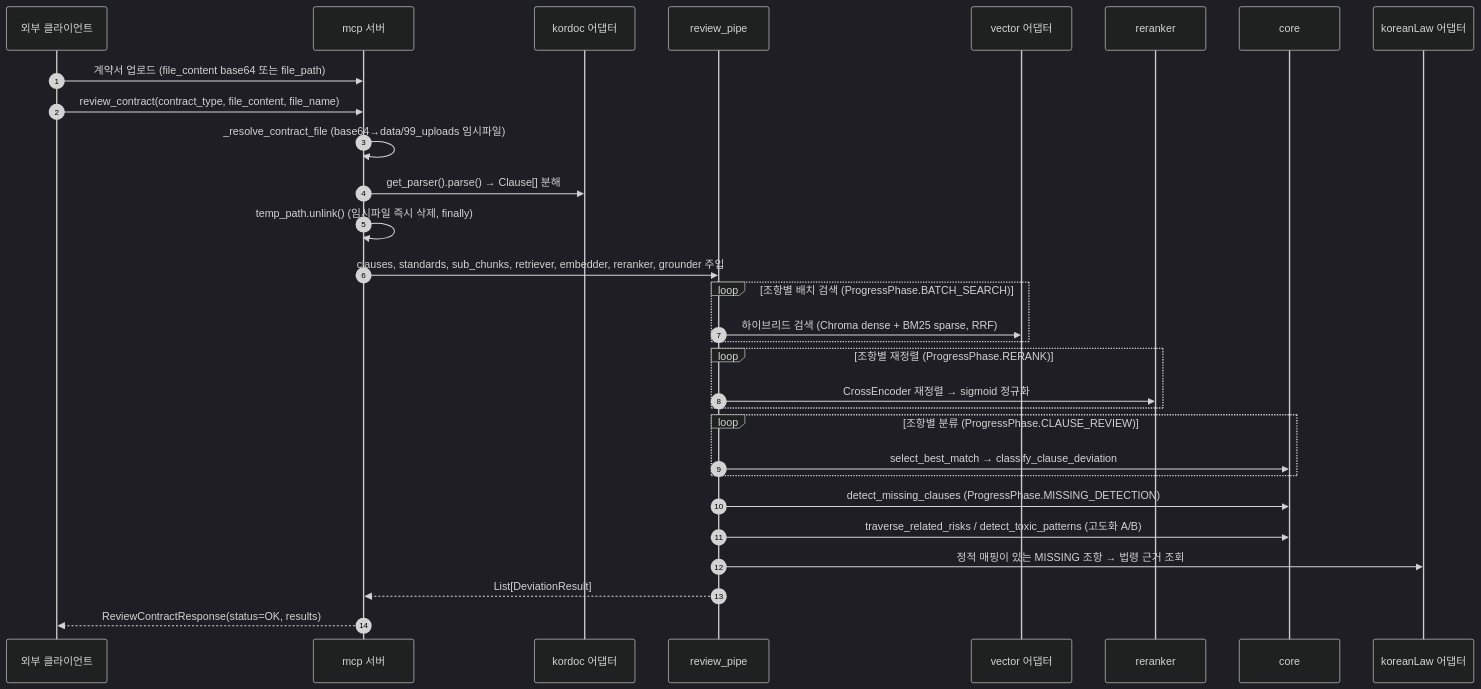
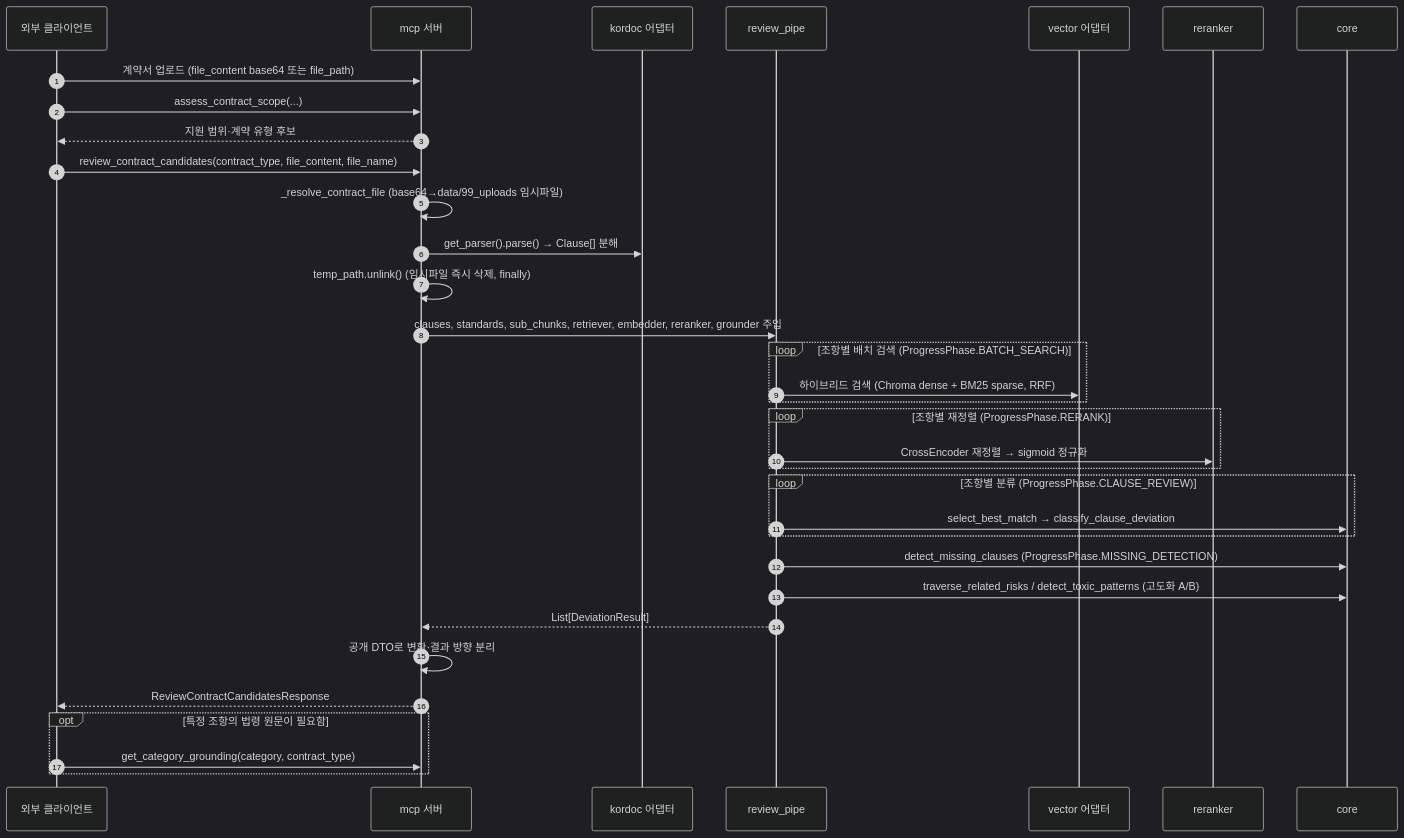
One commit to Hong1008/SKN30-3rd-2Team changed the third of 3 diagrams in docs/deliverables/시스템 아키텍처.md. Above: the diagram before and after it, drawn with Mermaid (dark theme). The commit also changed other lines of this file and 19 other files, not shown here.

Commit message:
feat: add get_mcp_capabilities tool and enforce input validation constraints for server operations

````diff
--- a/docs/deliverables/시스템 아키텍처.md
+++ b/docs/deliverables/시스템 아키텍처.md
@@ -116,24 +116,29 @@
 ```mermaid
 sequenceDiagram
     autonumber
     외부 클라이언트->>mcp 서버: 계약서 업로드 (file_content base64 또는 file_path)
-    외부 클라이언트->>mcp 서버: review_contract(contract_type, file_content, file_name)
+    외부 클라이언트->>mcp 서버: assess_contract_scope(...)
+    mcp 서버-->>외부 클라이언트: 지원 범위·계약 유형 후보
+    외부 클라이언트->>mcp 서버: review_contract_candidates(contract_type, file_content, file_name)
     mcp 서버->>mcp 서버: _resolve_contract_file (base64→data/99_uploads 임시파일)
     mcp 서버->>kordoc 어댑터: get_parser().parse() → Clause[] 분해
     mcp 서버->>mcp 서버: temp_path.unlink() (임시파일 즉시 삭제, finally)
     mcp 서버->>review_pipe: clauses, standards, sub_chunks, retriever, embedder, reranker, grounder 주입
     loop 조항별 배치 검색 (ProgressPhase.BATCH_SEARCH)
         review_pipe->>vector 어댑터: 하이브리드 검색 (Chroma dense + BM25 sparse, RRF)
     end
     loop 조항별 재정렬 (ProgressPhase.RERANK)
         review_pipe->>reranker: CrossEncoder 재정렬 → sigmoid 정규화
     end
     loop 조항별 분류 (ProgressPhase.CLAUSE_REVIEW)
         review_pipe->>core: select_best_match → classify_clause_deviation
     end
     review_pipe->>core: detect_missing_clauses (ProgressPhase.MISSING_DETECTION)
     review_pipe->>core: traverse_related_risks / detect_toxic_patterns (고도화 A/B)
-    review_pipe->>koreanLaw 어댑터: 정적 매핑이 있는 MISSING 조항 → 법령 근거 조회
     review_pipe-->>mcp 서버: List[DeviationResult]
-    mcp 서버-->>외부 클라이언트: ReviewContractResponse(status=OK, results)
+    mcp 서버->>mcp 서버: 공개 DTO로 변환·결과 방향 분리
+    mcp 서버-->>외부 클라이언트: ReviewContractCandidatesResponse
+    opt 특정 조항의 법령 원문이 필요함
+        외부 클라이언트->>mcp 서버: get_category_grounding(category, contract_type)
+    end
 ```
````
